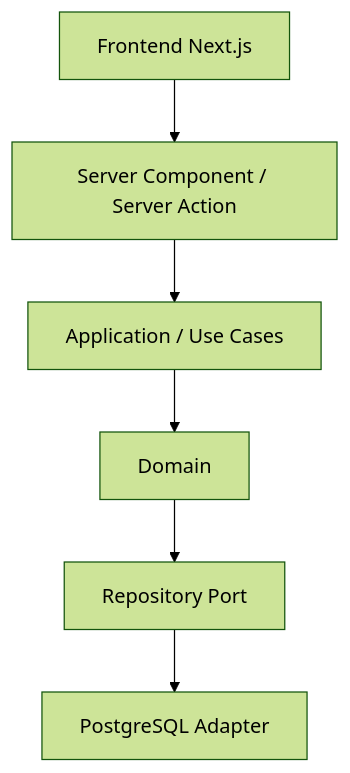
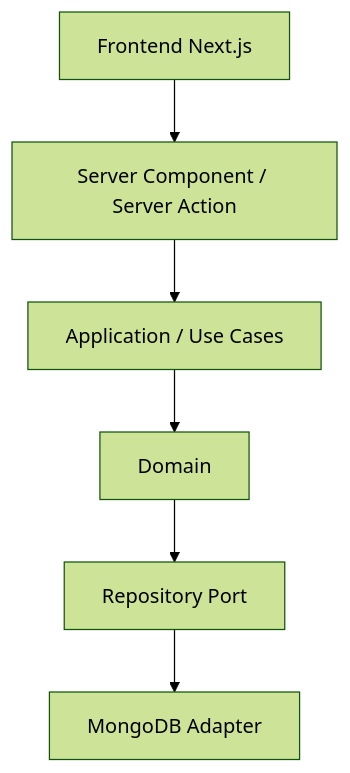
Before and after one commit to uBrunoow/ducktix: the diagram in ducktix/docs/guidelines.md, drawn with Mermaid (forest theme). The commit also changed other lines of this file and 8 other files, not shown here.

````diff
--- a/ducktix/docs/guidelines.md
+++ b/ducktix/docs/guidelines.md
@@ -20,8 +20,8 @@
 ```mermaid
 graph TD
     A[Frontend Next.js] --> B[Server Component / Server Action]
     B --> C[Application / Use Cases]
     C --> D[Domain]
     D --> E[Repository Port]
-    E --> F[PostgreSQL Adapter]
+    E --> F[MongoDB Adapter]
 ```
````
